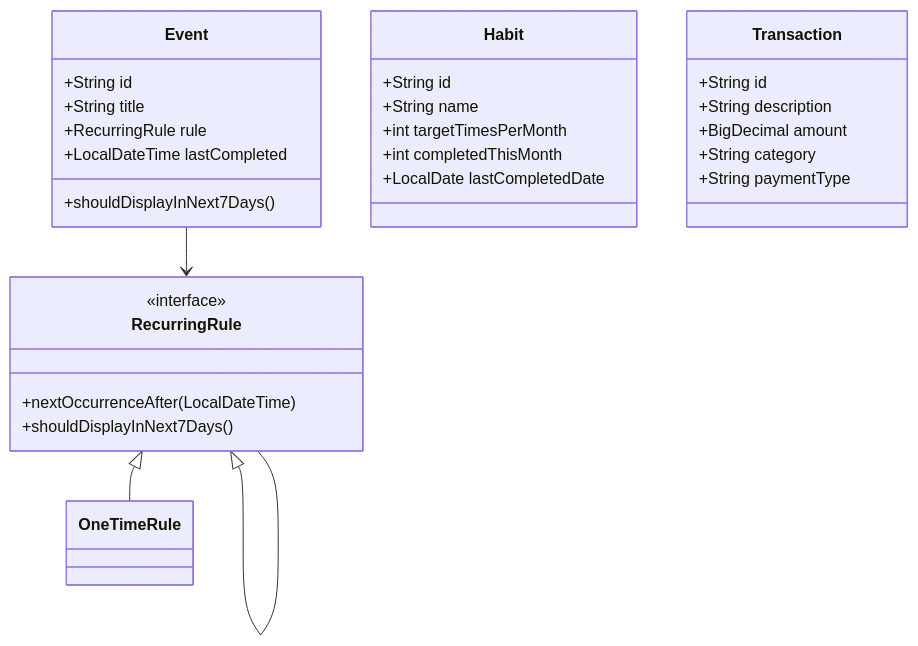
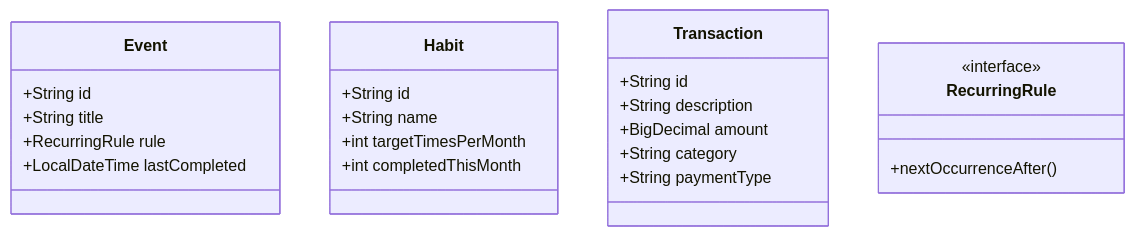
Before and after one commit to haginoonsakura-tech/java-butler: the diagram in README.md, drawn with Mermaid. The commit also changed other lines of this file, not shown here.

````diff
--- a/README.md
+++ b/README.md
@@ -26,36 +52,29 @@
 ```mermaid
 classDiagram
     class Event {
         +String id
         +String title
         +RecurringRule rule
         +LocalDateTime lastCompleted
-        +shouldDisplayInNext7Days()
     }
 
     class Habit {
         +String id
         +String name
         +int targetTimesPerMonth
         +int completedThisMonth
-        +LocalDate lastCompletedDate
     }
 
     class Transaction {
         +String id
         +String description
         +BigDecimal amount
         +String category
         +String paymentType
     }
 
     class RecurringRule {
         <<interface>>
-        +nextOccurrenceAfter(LocalDateTime)
-        +shouldDisplayInNext7Days()
+        +nextOccurrenceAfter()
     }
-
-    Event --> RecurringRule
-    RecurringRule <|-- RecurringRule
-    RecurringRule <|-- OneTimeRule
 ```
````
